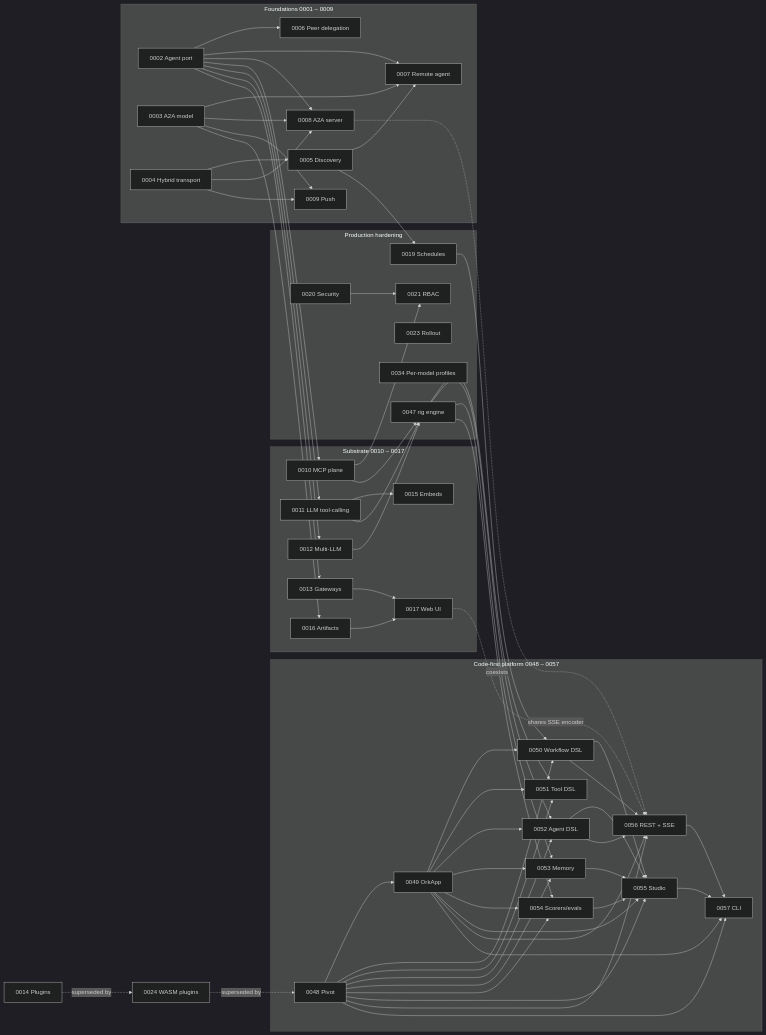
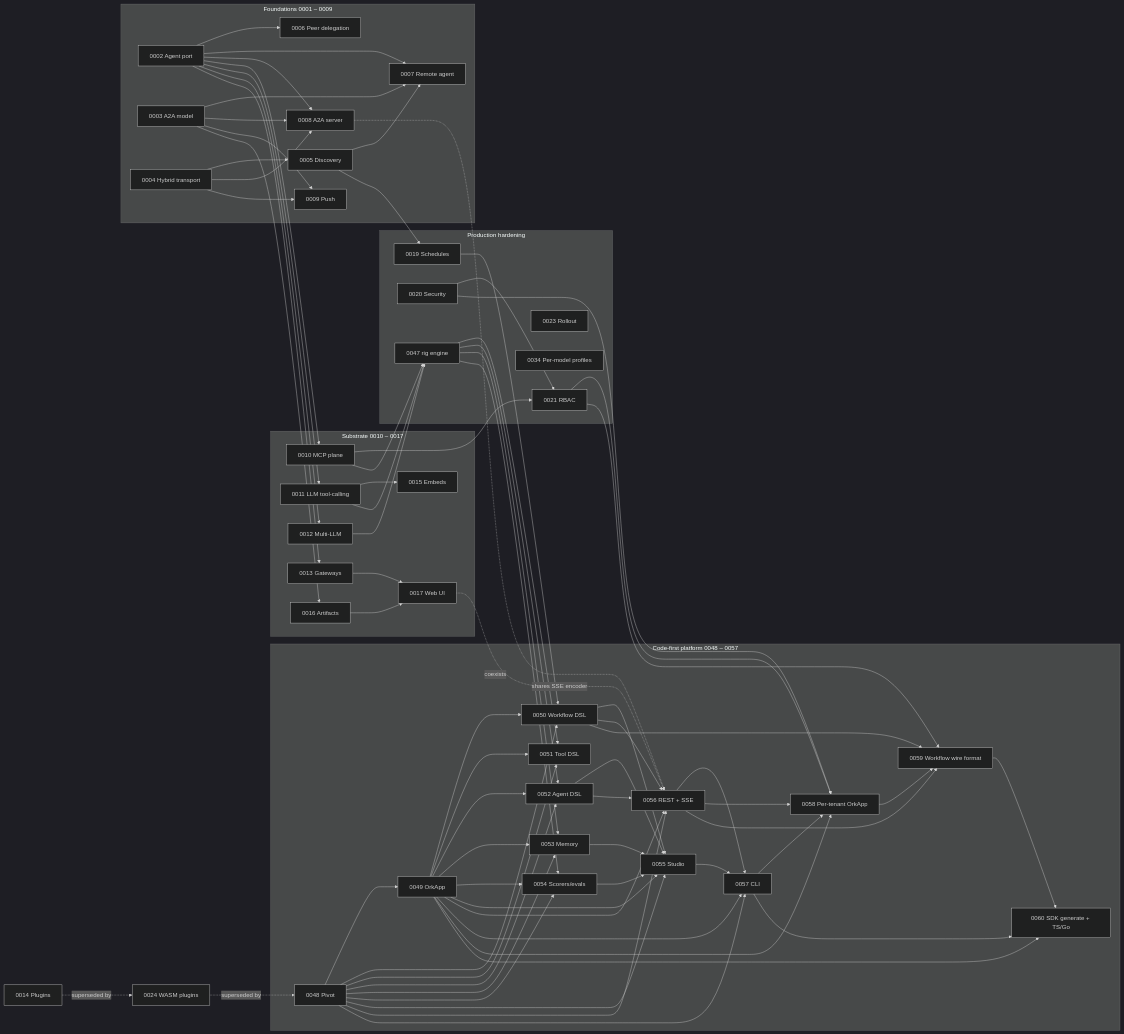
One commit to profencer/ork changed the second of 2 diagrams in docs/adrs/README.md. Above: the diagram before and after it, drawn with Mermaid (dark theme). The commit also changed other lines of this file and 60 other files, not shown here.

```diff
--- a/docs/adrs/README.md
+++ b/docs/adrs/README.md
@@ -206,6 +209,9 @@
     ADR0055[0055 Studio]
     ADR0056[0056 REST + SSE]
     ADR0057[0057 CLI]
+    ADR0058[0058 Per-tenant OrkApp]
+    ADR0059[0059 Workflow wire format]
+    ADR0060[0060 SDK generate + TS/Go]
   end
 
   ADR0002 --> ADR0006
@@ -269,6 +275,21 @@
   ADR0055 --> ADR0057
   ADR0056 --> ADR0057
 
+  ADR0049 --> ADR0058
+  ADR0056 --> ADR0058
+  ADR0057 --> ADR0058
+  ADR0020[0020 Security] --> ADR0058
+  ADR0021[0021 RBAC] --> ADR0058
+
+  ADR0050 --> ADR0059
+  ADR0058 --> ADR0059
+  ADR0056 --> ADR0059
+  ADR0021 --> ADR0059
+
+  ADR0059 --> ADR0060
+  ADR0057 --> ADR0060
+  ADR0049 --> ADR0060
+
   ADR0008 -.coexists.-> ADR0056
   ADR0017 -.shares SSE encoder.-> ADR0056
 
```
